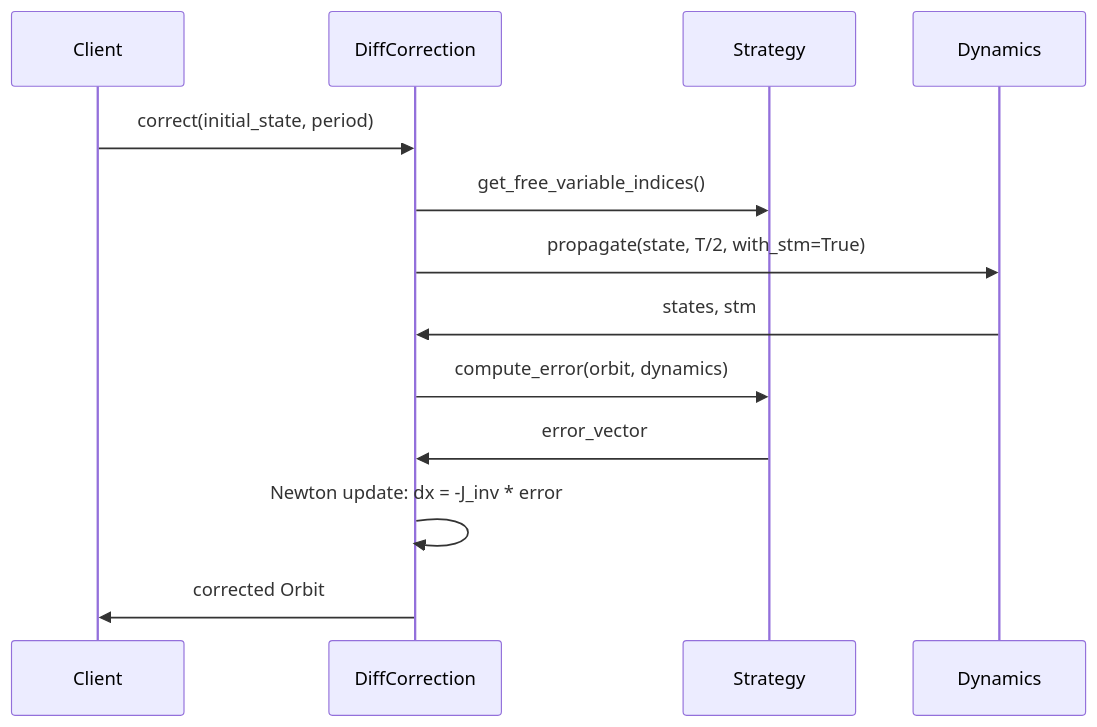
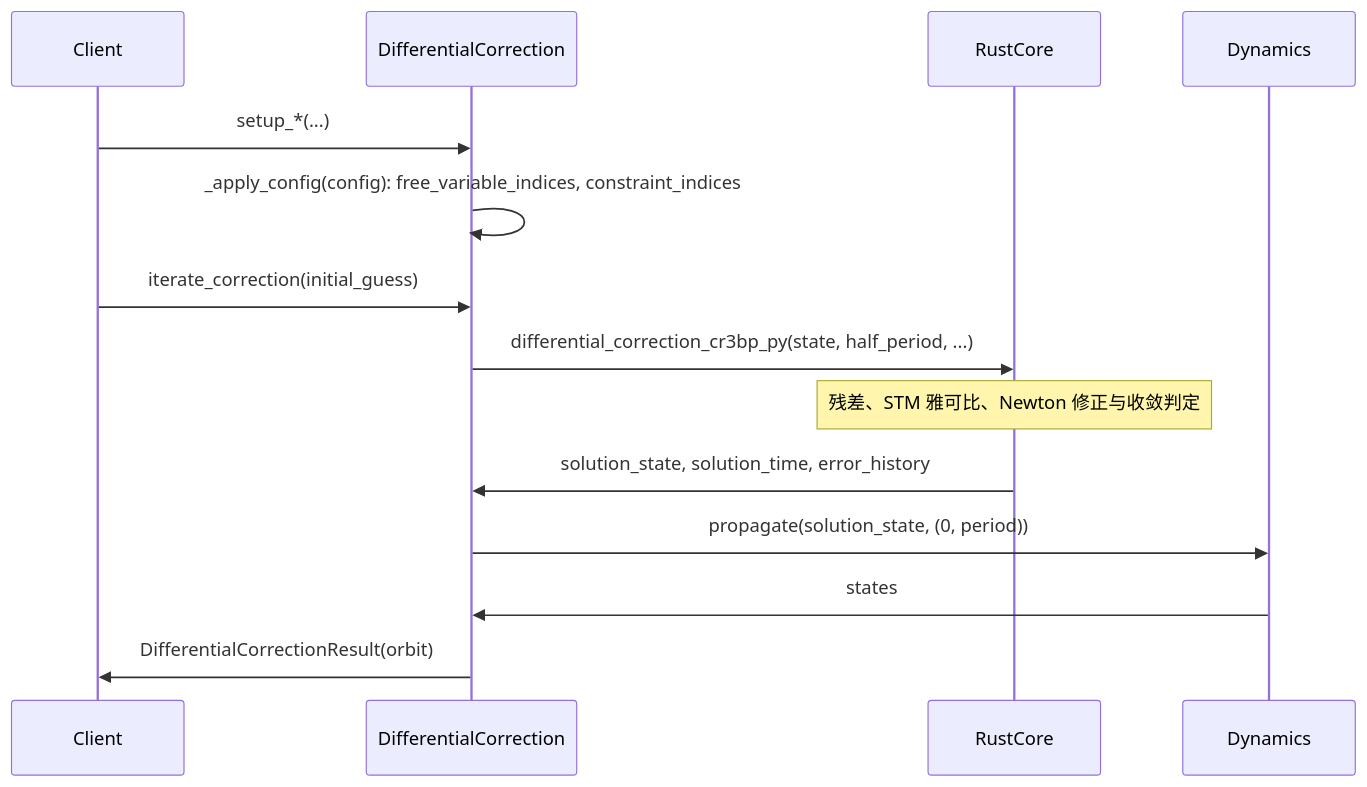
One commit to cislunarspace/e2m2e changed the diagram in docs/reference/mbse/sequence-correction.md. Above: the diagram before and after it, drawn with Mermaid. The commit also changed 47 other files, not shown here.

````diff
--- a/docs/reference/mbse/sequence-correction.md
+++ b/docs/reference/mbse/sequence-correction.md
@@ -7,15 +7,16 @@
 ```mermaid
 sequenceDiagram
     participant Client
-    participant DiffCorrection
-    participant Strategy
+    participant DifferentialCorrection
+    participant RustCore
     participant Dynamics
-    Client->>DiffCorrection: correct(initial_state, period)
-    DiffCorrection->>Strategy: get_free_variable_indices()
-    DiffCorrection->>Dynamics: propagate(state, T/2, with_stm=True)
-    Dynamics->>DiffCorrection: states, stm
-    DiffCorrection->>Strategy: compute_error(orbit, dynamics)
-    Strategy->>DiffCorrection: error_vector
-    DiffCorrection->>DiffCorrection: Newton update: dx = -J_inv * error
-    DiffCorrection->>Client: corrected Orbit
+    Client->>DifferentialCorrection: setup_*(...)
+    DifferentialCorrection->>DifferentialCorrection: _apply_config(config): free_variable_indices, constraint_indices
+    Client->>DifferentialCorrection: iterate_correction(initial_guess)
+    DifferentialCorrection->>RustCore: differential_correction_cr3bp_py(state, half_period, ...)
+    Note over RustCore: 残差、STM 雅可比、Newton 修正与收敛判定
+    RustCore->>DifferentialCorrection: solution_state, solution_time, error_history
+    DifferentialCorrection->>Dynamics: propagate(solution_state, (0, period))
+    Dynamics->>DifferentialCorrection: states
+    DifferentialCorrection->>Client: DifferentialCorrectionResult(orbit)
 ```
````
